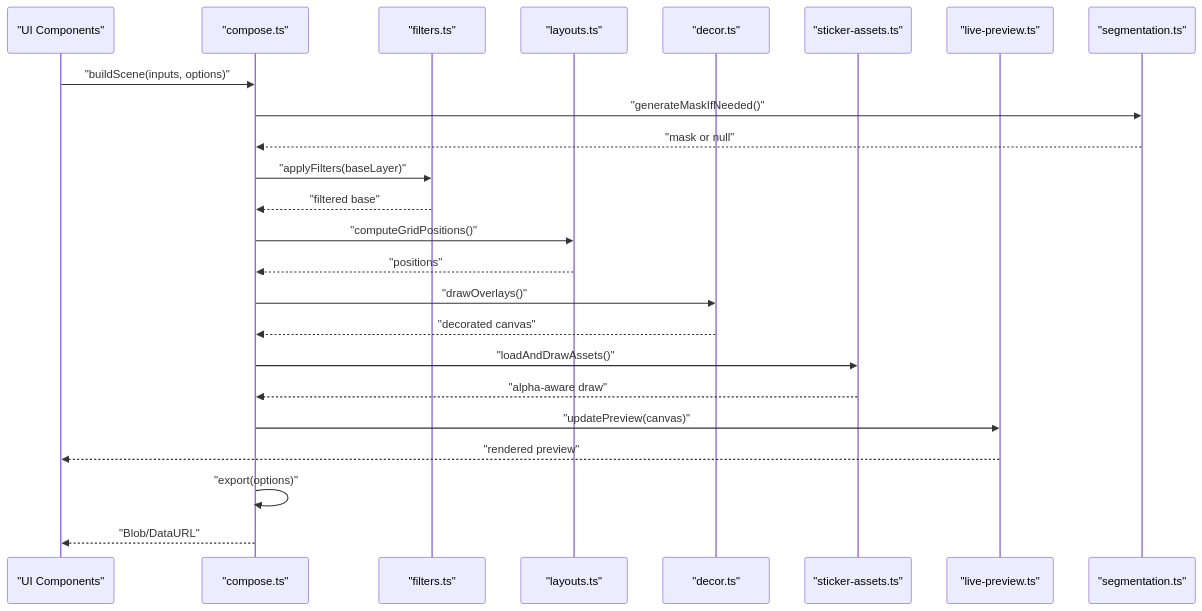
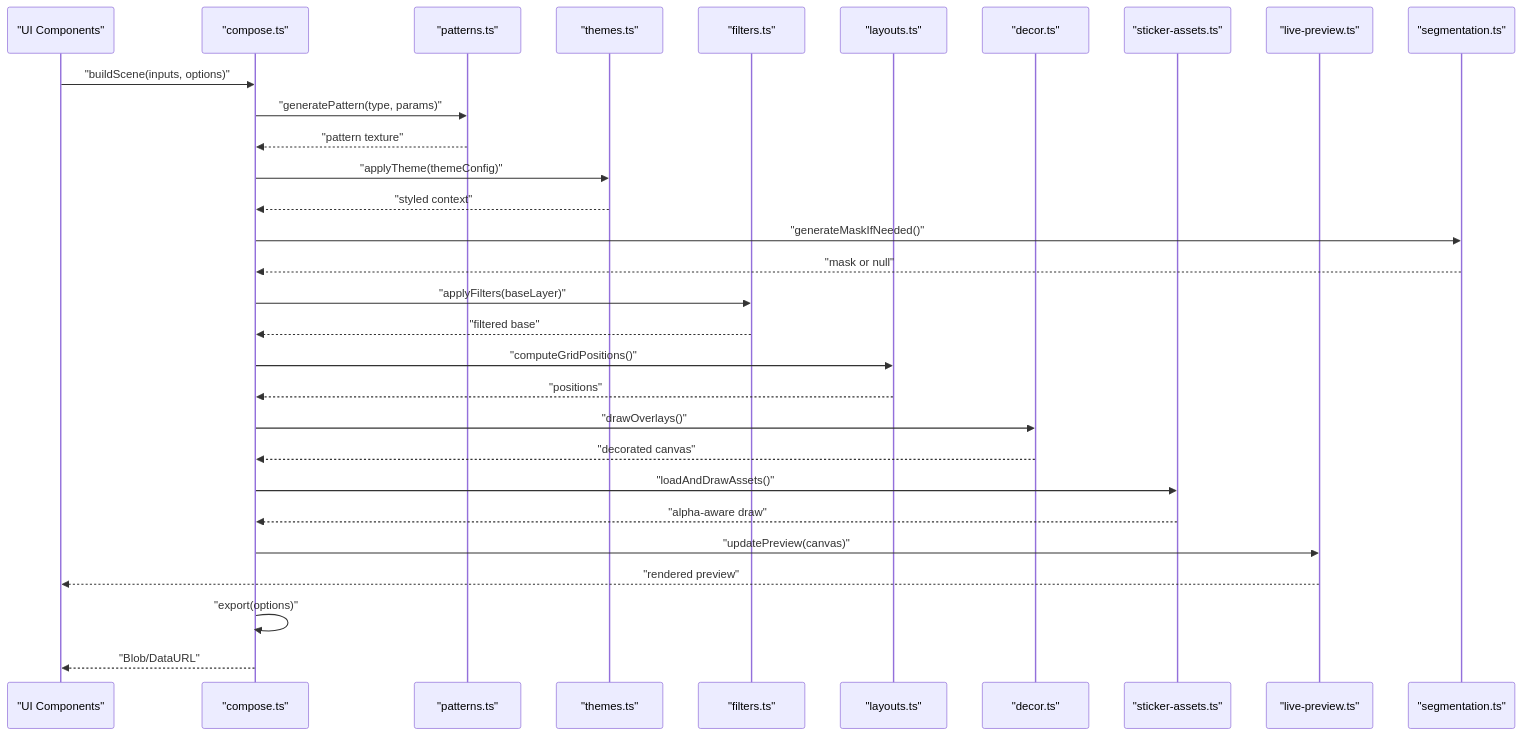
Before and after one commit to zuychin03/zuychin-photobooth: the second of 8 diagrams in .qoder/repowiki/en/content/Photo Editing Pipeline/Image Composition.md, drawn with Mermaid. The commit also changed other lines of this file and 51 other files, not shown here.

````diff
--- a/.qoder/repowiki/en/content/Photo Editing Pipeline/Image Composition.md
+++ b/.qoder/repowiki/en/content/Photo Editing Pipeline/Image Composition.md
@@ -134,26 +159,32 @@
 ```mermaid
 sequenceDiagram
 participant UI as "UI Components"
 participant Comp as "compose.ts"
+participant Patterns as "patterns.ts"
+participant Themes as "themes.ts"
 participant Filters as "filters.ts"
 participant Layouts as "layouts.ts"
 participant Decor as "decor.ts"
 participant Stickers as "sticker-assets.ts"
 participant Preview as "live-preview.ts"
 participant Seg as "segmentation.ts"
 UI->>Comp : "buildScene(inputs, options)"
+Comp->>Patterns : "generatePattern(type, params)"
+Patterns-->>Comp : "pattern texture"
+Comp->>Themes : "applyTheme(themeConfig)"
+Themes-->>Comp : "styled context"
 Comp->>Seg : "generateMaskIfNeeded()"
 Seg-->>Comp : "mask or null"
 Comp->>Filters : "applyFilters(baseLayer)"
 Filters-->>Comp : "filtered base"
 Comp->>Layouts : "computeGridPositions()"
 Layouts-->>Comp : "positions"
 Comp->>Decor : "drawOverlays()"
 Decor-->>Comp : "decorated canvas"
 Comp->>Stickers : "loadAndDrawAssets()"
 Stickers-->>Comp : "alpha-aware draw"
 Comp->>Preview : "updatePreview(canvas)"
 Preview-->>UI : "rendered preview"
 Comp->>Comp : "export(options)"
 Comp-->>UI : "Blob/DataURL"
 ```
````
